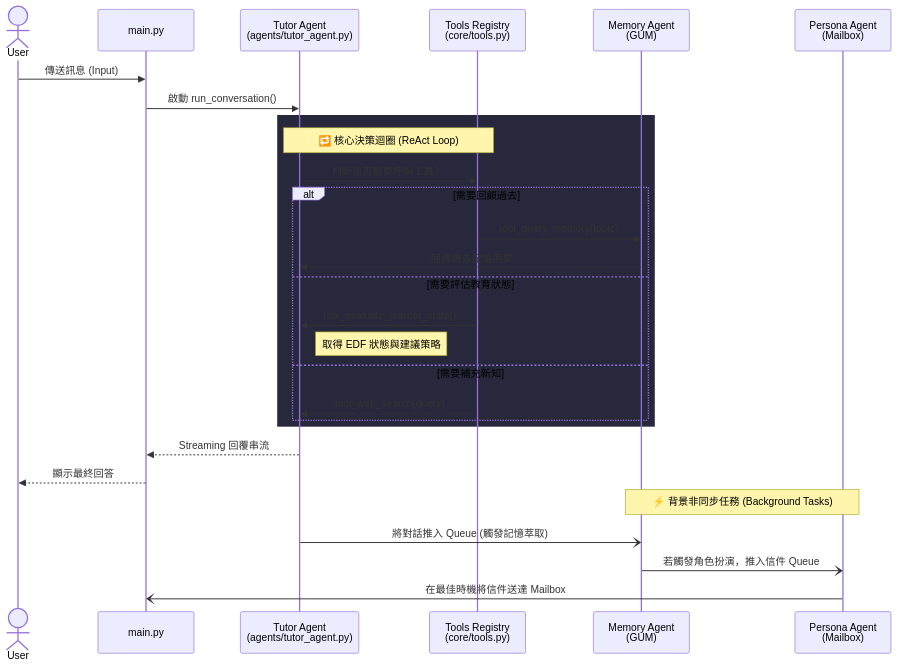
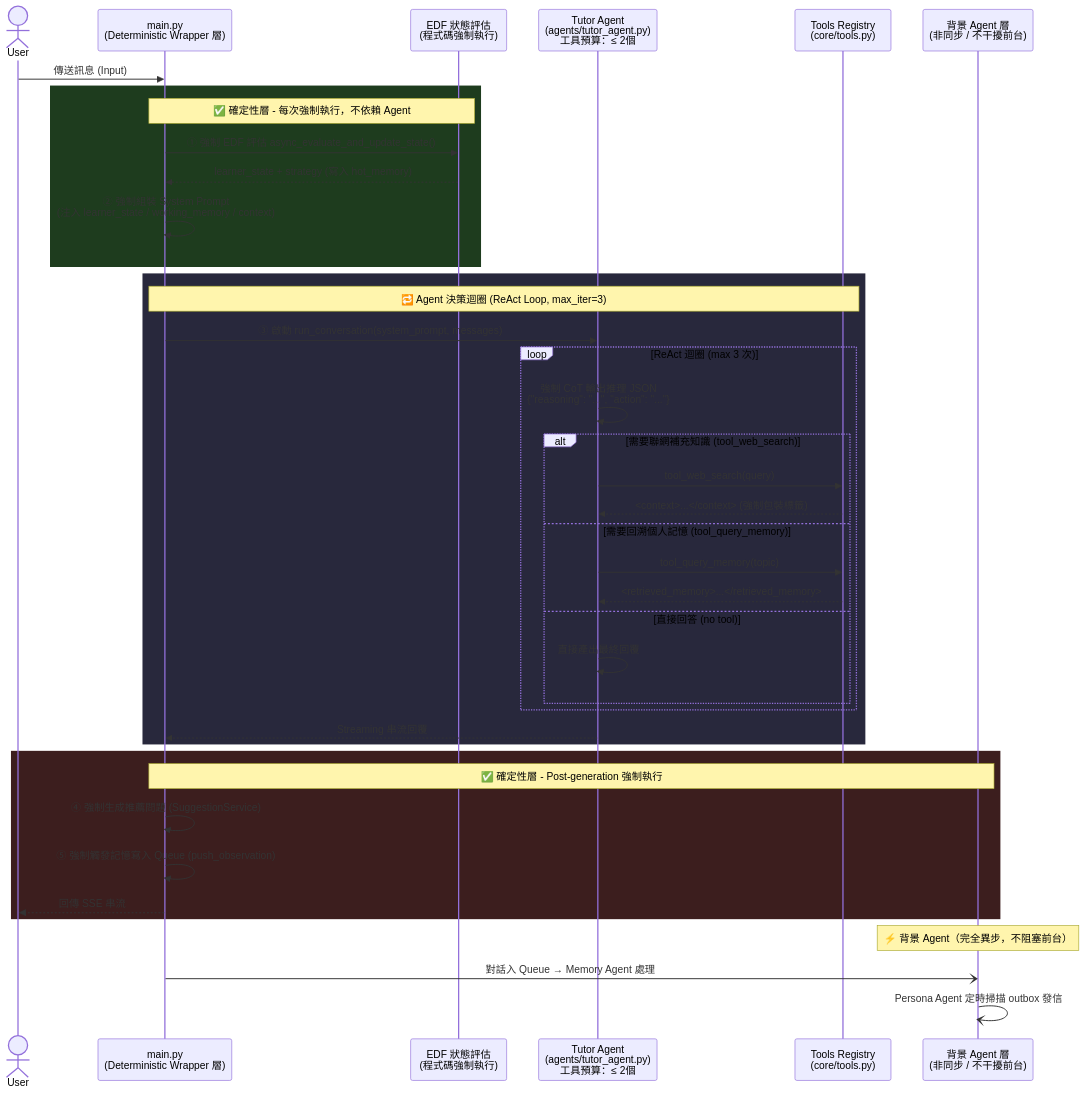
Before and after one commit to CongJie-Pan/AREQA: the diagram in docs/tech_docs/implementation_plan/multi_agent_implementation_plan.md, drawn with Mermaid. The commit also changed other lines of this file and 1 other file, not shown here.

Commit message:
Refactor worklog for multi-agent implementation plan: update task objectives, add database member audit requirements, and emphasize API testing phases. Remove outdated debugging prompts and clarify deterministic wrapper guidelines.

````diff
--- a/docs/tech_docs/implementation_plan/multi_agent_implementation_plan.md
+++ b/docs/tech_docs/implementation_plan/multi_agent_implementation_plan.md
@@ -8,34 +33,49 @@
 ```mermaid
 sequenceDiagram
     actor User
-    participant Main as main.py
-    participant Tutor as Tutor Agent<br>(agents/tutor_agent.py)
+    participant Main as main.py<br>(Deterministic Wrapper 層)
+    participant EDF as EDF 狀態評估<br>(程式碼強制執行)
+    participant Tutor as Tutor Agent<br>(agents/tutor_agent.py)<br>工具預算：≤ 2個
     participant Tools as Tools Registry<br>(core/tools.py)
-    participant Memory as Memory Agent<br>(GUM)
-    participant Persona as Persona Agent<br>(Mailbox)
+    participant BG as 背景 Agent 層<br>(非同步 / 不干擾前台)
 
     User->>Main: 傳送訊息 (Input)
-    Main->>Tutor: 啟動 run_conversation()
-    
+
+    rect rgb(30, 60, 30)
+        Note over Main,EDF: ✅ 確定性層 - 每次強制執行，不依賴 Agent
+        Main->>EDF: ① 強制 EDF 評估 async_evaluate_and_update_state()
+        EDF-->>Main: learner_state + strategy (寫入 hot_memory)
+        Main->>Main: ② 強制組裝 System Prompt<br>(注入 learner_state / working_memory / context)
+    end
+
     rect rgb(40, 40, 60)
-        Note over Tutor,Tools: 🔁 核心決策迴圈 (ReAct Loop)
-        Tutor->>Tools: 判斷是否需要呼叫工具？
-        alt 需要回顧過去
-            Tools->>Memory: tool_query_memory(topic)
-            Memory-->>Tutor: 回傳過去記憶摘要
-        else 需要評估教育狀態
-            Tools->>Tutor: tool_evaluate_learner_state()
-            Note right of Tutor: 取得 EDF 狀態與建議策略
-        else 需要補充新知
-            Tools-->>Tutor: tool_web_search(query)
+        Note over Main,Tools: 🔁 Agent 決策迴圈 (ReAct Loop, max_iter=3)
+        Main->>Tutor: ③ 啟動 run_conversation(system_prompt, messages)
+        
+        loop ReAct 迴圈 (max 3 次)
+            Tutor->>Tutor: 強制 CoT 輸出推理 JSON<br>{"reasoning": "...", "action": "..."}
+            alt 需要聯網補充知識 (tool_web_search)
+                Tutor->>Tools: tool_web_search(query)
+                Tools-->>Tutor: <context>...</context> (強制包裝標籤)
+            else 需要回溯個人記憶 (tool_query_memory)
+                Tutor->>Tools: tool_query_memory(topic)
+                Tools-->>Tutor: <retrieved_memory>...</retrieved_memory>
+            else 直接回答 (no tool)
+                Tutor->>Tutor: 直接產出最終回覆
+            end
         end
+        
+        Tutor-->>Main: Streaming 串流回覆
     end
-    
-    Tutor-->>Main: Streaming 回覆串流
-    Main-->>User: 顯示最終回答
-    
-    Note over Memory,Persona: ⚡ 背景非同步任務 (Background Tasks)
-    Tutor-)Memory: 將對話推入 Queue (觸發記憶萃取)
-    Memory-)Persona: 若觸發角色扮演，推入信件 Queue
-    Persona-)Main: 在最佳時機將信件送達 Mailbox
+
+    rect rgb(60, 30, 30)
+        Note over Main,BG: ✅ 確定性層 - Post-generation 強制執行
+        Main->>Main: ④ 強制生成推薦問題 (SuggestionService)
+        Main->>Main: ⑤ 強制觸發記憶寫入 Queue (push_observation)
+        Main-->>User: 回傳 SSE 串流
+    end
+
+    Note over BG: ⚡ 背景 Agent（完全異步，不阻塞前台）
+    Main-)BG: 對話入 Queue → Memory Agent 處理
+    BG-)BG: Persona Agent 定時掃描 outbox 發信
 ```
````
